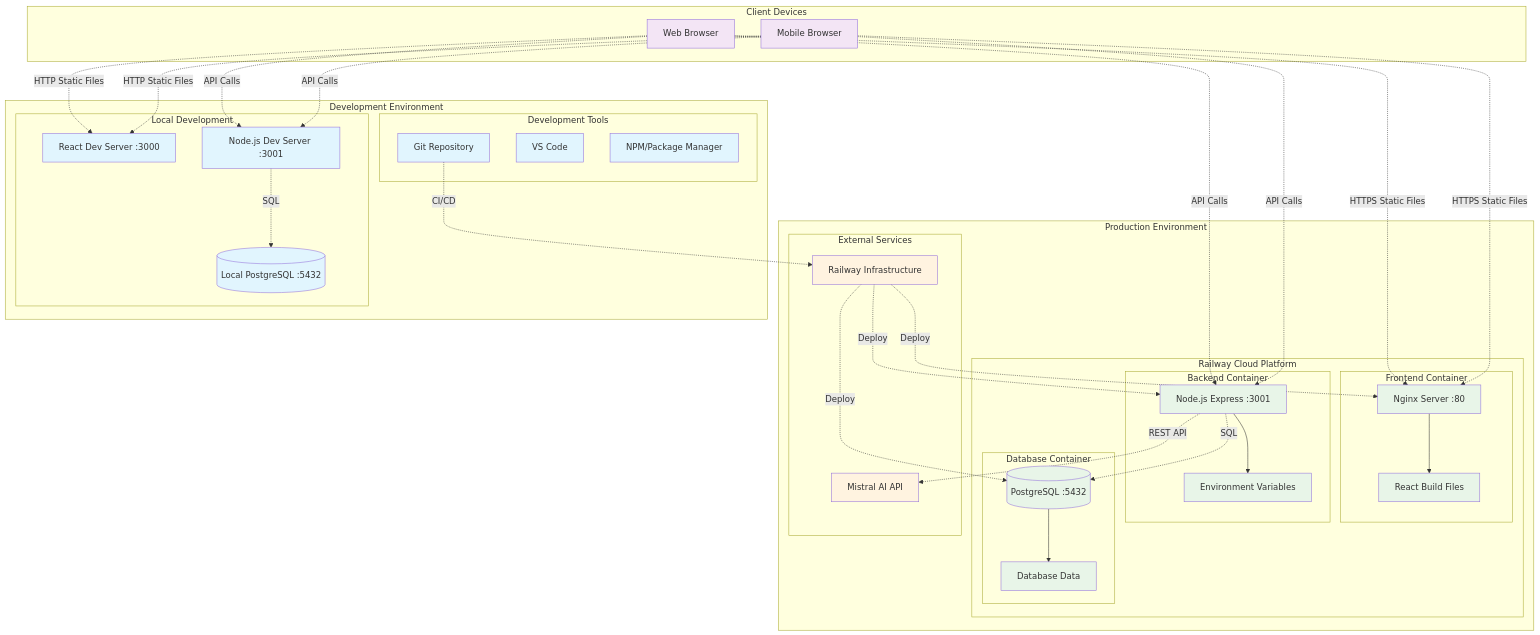
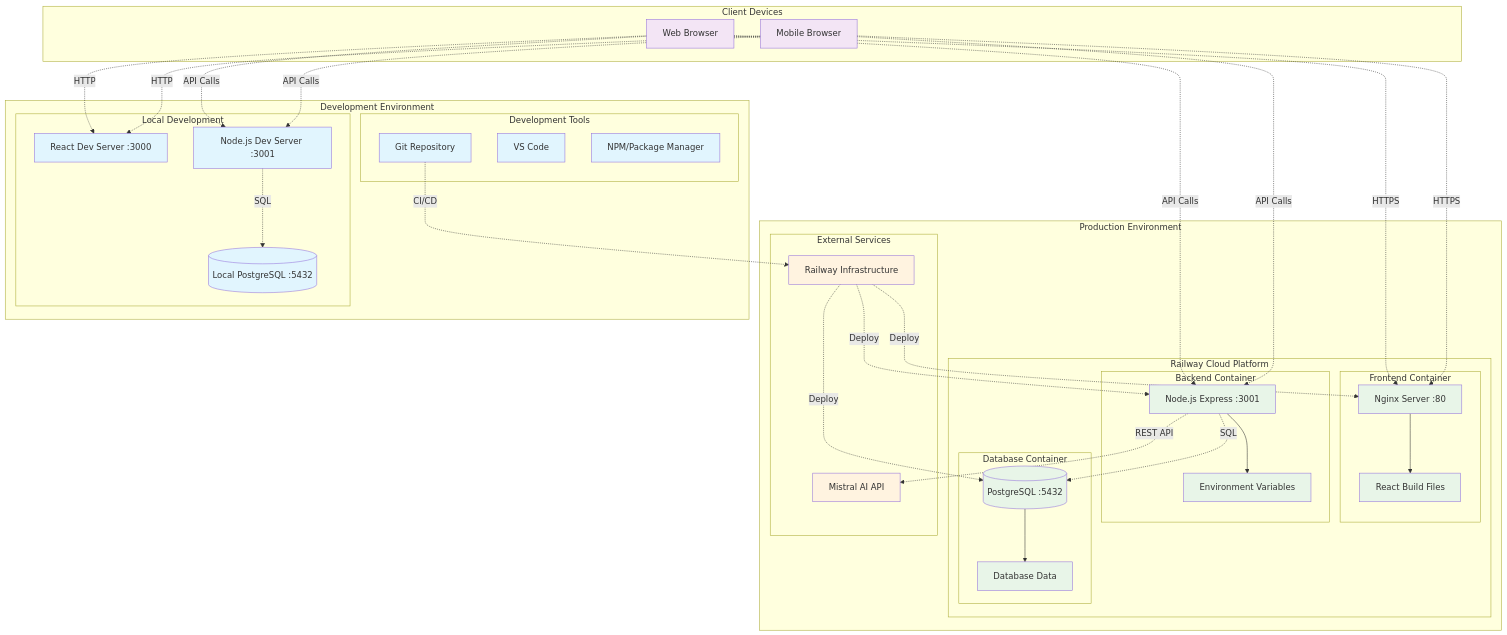
Before and after one commit to niklaherr/Online-Museum: the fourth of 6 diagrams in documentation/diagramms.md, drawn with Mermaid.

````diff
--- a/documentation/diagramms.md
+++ b/documentation/diagramms.md
@@ -289,80 +289,80 @@
 ```mermaid
 graph TB
     subgraph "Production Environment"
         subgraph "Railway Cloud Platform"
             subgraph "Frontend Container"
                 NginxServer[Nginx Server :80]
                 ReactBuild[React Build Files]
                 NginxServer --> ReactBuild
             end
             
             subgraph "Backend Container"
                 NodeServer[Node.js Express :3001]
                 EnvironmentVars[Environment Variables]
                 NodeServer --> EnvironmentVars
             end
             
             subgraph "Database Container"
                 PostgreSQLDB[(PostgreSQL :5432)]
                 DBData[Database Data]
                 PostgreSQLDB --> DBData
             end
         end
         
         subgraph "External Services"
             MistralAPI[Mistral AI API]
             Railway[Railway Infrastructure]
         end
     end
     
     subgraph "Development Environment"
         subgraph "Local Development"
             ReactDev[React Dev Server :3000]
             NodeDev[Node.js Dev Server :3001]
             PostgreSQLLocal[(Local PostgreSQL :5432)]
         end
         
         subgraph "Development Tools"
             Git[Git Repository]
             VSCode[VS Code]
             NPM[NPM/Package Manager]
         end
     end
     
     subgraph "Client Devices"
         Browser[Web Browser]
         Mobile[Mobile Browser]
     end
     
     %% Production Connections
-    Browser -.->|HTTPS Static Files| NginxServer
-    Mobile -.->|HTTPS Static Files| NginxServer
+    Browser -.->|HTTPS| NginxServer
+    Mobile -.->|HTTPS| NginxServer
     Browser -.->|API Calls| NodeServer
     Mobile -.->|API Calls| NodeServer
     NodeServer -.->|SQL| PostgreSQLDB
     NodeServer -.->|REST API| MistralAPI
     
     %% Development Connections
-    Browser -.->|HTTP Static Files| ReactDev
-    Mobile -.->|HTTP Static Files| ReactDev
+    Browser -.->|HTTP| ReactDev
+    Mobile -.->|HTTP| ReactDev
     Browser -.->|API Calls| NodeDev
     Mobile -.->|API Calls| NodeDev
     NodeDev -.->|SQL| PostgreSQLLocal
     
     %% Deployment Flow
     Git -.->|CI/CD| Railway
     Railway -.->|Deploy| NginxServer
     Railway -.->|Deploy| NodeServer
     Railway -.->|Deploy| PostgreSQLDB
     
     %% Styling
     classDef production fill:#e8f5e8
     classDef development fill:#e1f5fe
     classDef external fill:#fff3e0
     classDef client fill:#f3e5f5
     
     class NginxServer,ReactBuild,NodeServer,EnvironmentVars,PostgreSQLDB,DBData production
     class ReactDev,NodeDev,PostgreSQLLocal,Git,VSCode,NPM development
     class MistralAPI,Railway external
     class Browser,Mobile client
 ```
````
